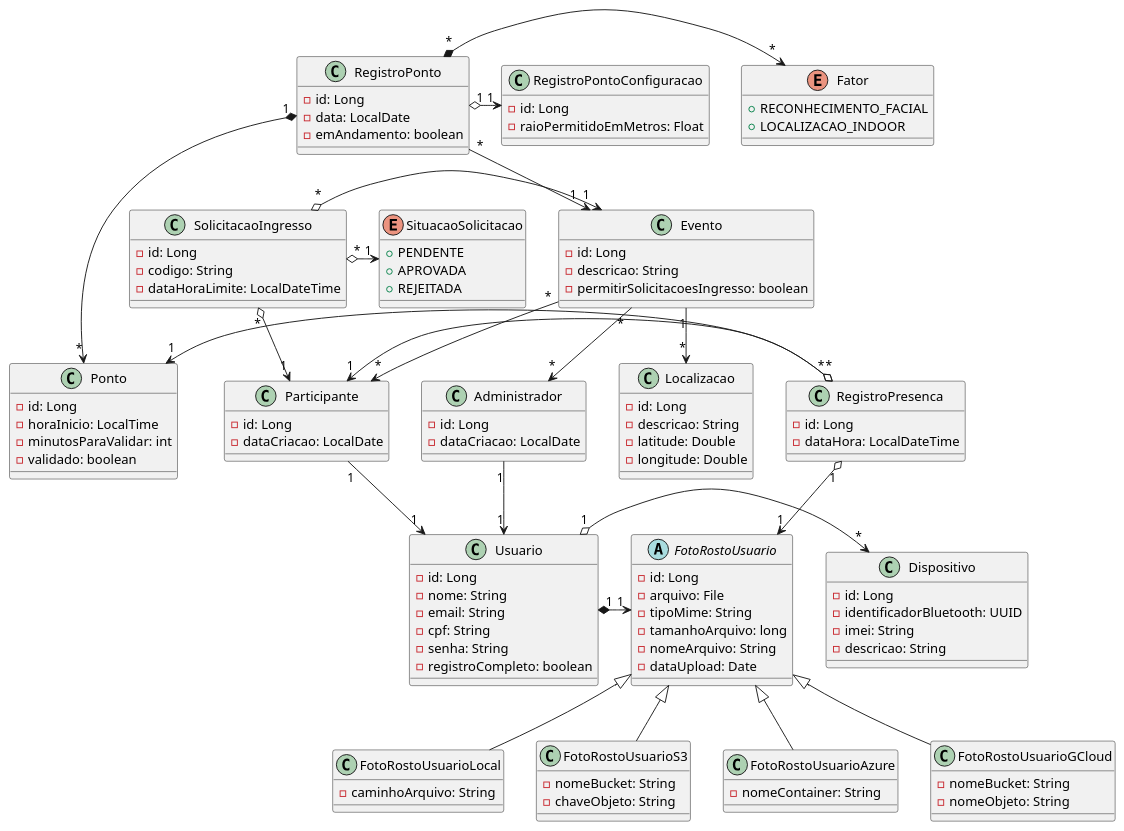
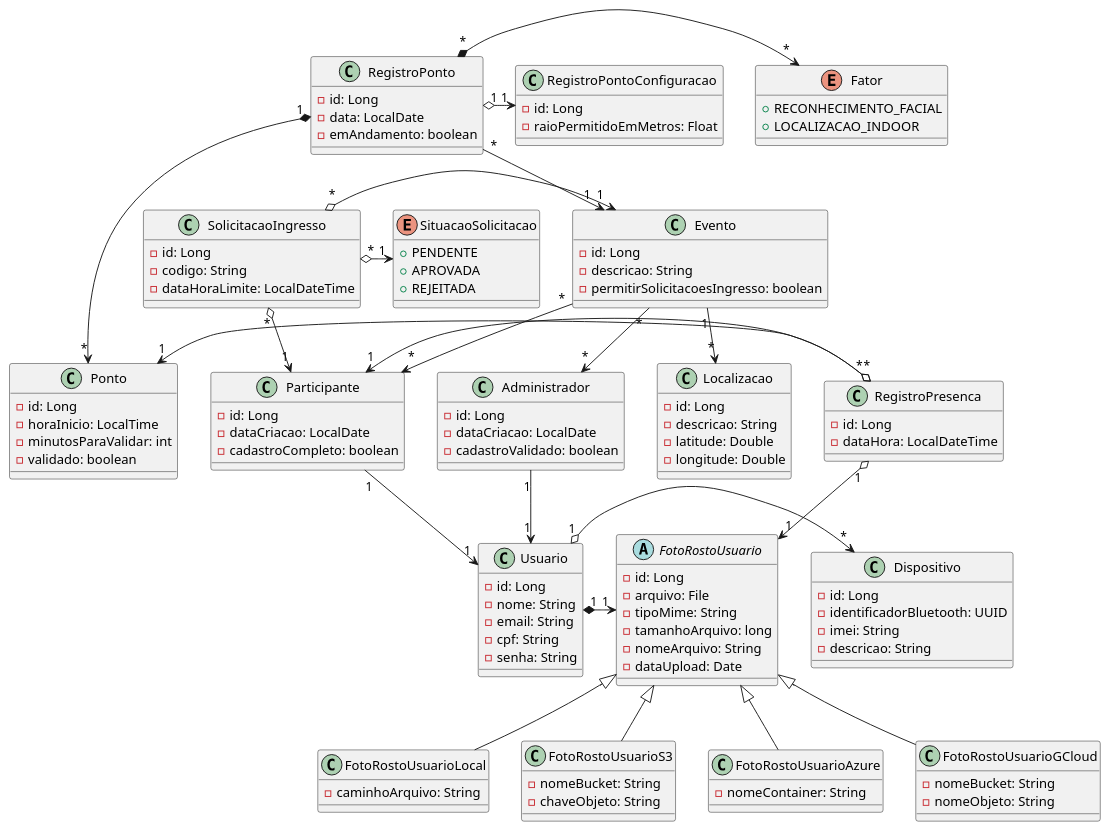
One commit to luan-coelho/faceverify changed the diagram in backend/diagram-class.plantuml. Above: the diagram before and after it, drawn with PlantUML. The commit also changed 19 other files, not shown here.

```diff
--- a/backend/diagram-class.plantuml
+++ b/backend/diagram-class.plantuml
@@ -1,137 +1,138 @@
 @startuml
 class Usuario {
     - id: Long
     - nome: String
     - email: String
     - cpf: String
     - senha: String
-    - registroCompleto: boolean
 }
 
 class Administrador {
     - id: Long
     - dataCriacao: LocalDate
+    - cadastroValidado: boolean
 }
 
 class Participante {
     - id: Long
     - dataCriacao: LocalDate
+    - cadastroCompleto: boolean
 }
 
 class Dispositivo {
     - id: Long
     - identificadorBluetooth: UUID
     - imei: String
     - descricao: String
 }
 
 abstract class FotoRostoUsuario {
     - id: Long
     - arquivo: File
     - tipoMime: String
     - tamanhoArquivo: long
     - nomeArquivo: String
     - dataUpload: Date
 }
 
 class FotoRostoUsuarioLocal {
     - caminhoArquivo: String
 }
 
 class FotoRostoUsuarioS3 {
     - nomeBucket: String
     - chaveObjeto: String
 }
 
 class FotoRostoUsuarioAzure {
     - nomeContainer: String
 }
 
 class FotoRostoUsuarioGCloud {
     - nomeBucket: String
     - nomeObjeto: String
 }
 
 class Evento {
     - id: Long
     - descricao: String
     - permitirSolicitacoesIngresso: boolean
 }
 
 class SolicitacaoIngresso {
     - id: Long
     - codigo: String
     - dataHoraLimite: LocalDateTime
 }
 
 enum SituacaoSolicitacao {
     + PENDENTE
     + APROVADA
     + REJEITADA
 }
 
 class Localizacao {
     - id: Long
     - descricao: String
     - latitude: Double
     - longitude: Double
 }
 
 class RegistroPonto {
     - id: Long
     - data: LocalDate
     - emAndamento: boolean
 }
 
 class Ponto {
     - id: Long
     - horaInicio: LocalTime
     - minutosParaValidar: int
     - validado: boolean
 }
 
 class RegistroPresenca {
     - id: Long
     - dataHora: LocalDateTime
 }
 
 class RegistroPontoConfiguracao {
     - id: Long
     - raioPermitidoEmMetros: Float
 }
 
 enum Fator {
     + RECONHECIMENTO_FACIAL
     + LOCALIZACAO_INDOOR
 }
 
 RegistroPonto "*" --> "1" Evento
 RegistroPonto "1" o-> "1" RegistroPontoConfiguracao
 RegistroPonto "1" *-> "*" Ponto
 RegistroPonto "*" *-> "*" Fator
 
 Evento "*" --> "*" Administrador
 Evento "1" --> "*" Localizacao
 Evento "*" --> "*" Participante
 
 SolicitacaoIngresso "*" o-> "1" Evento
 SolicitacaoIngresso "*" o-> "1" SituacaoSolicitacao
 SolicitacaoIngresso "*" o-> "1" Participante
 
 RegistroPresenca "*" o-> "1" Participante
 RegistroPresenca "*" o-> "1" Ponto
 RegistroPresenca "1" o-> "1" FotoRostoUsuario
 
 Usuario "1" o-> "*" Dispositivo
 Usuario "1" *-> "1" FotoRostoUsuario
 
 Administrador "1" --> "1" Usuario
 
 Participante "1" --> "1" Usuario
 
 FotoRostoUsuario <|-- FotoRostoUsuarioLocal
 FotoRostoUsuario <|-- FotoRostoUsuarioS3
 FotoRostoUsuario <|-- FotoRostoUsuarioAzure
 FotoRostoUsuario <|-- FotoRostoUsuarioGCloud
 
 @enduml
```
